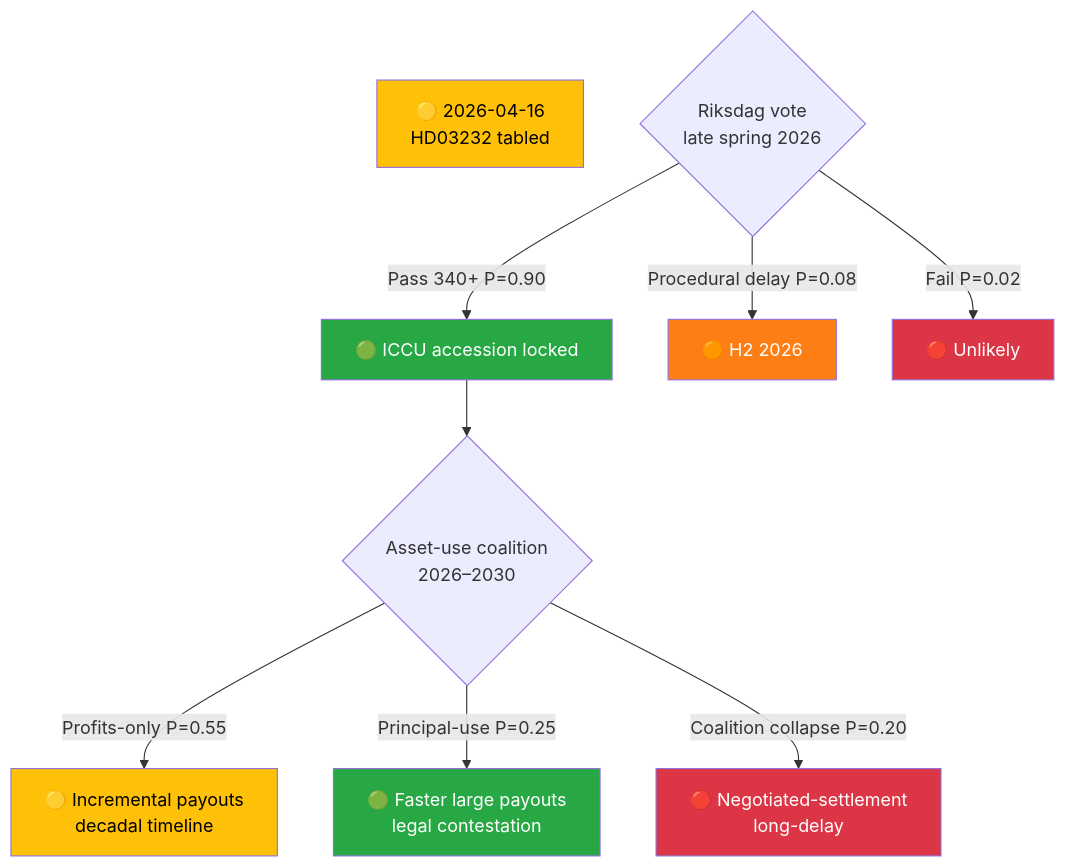
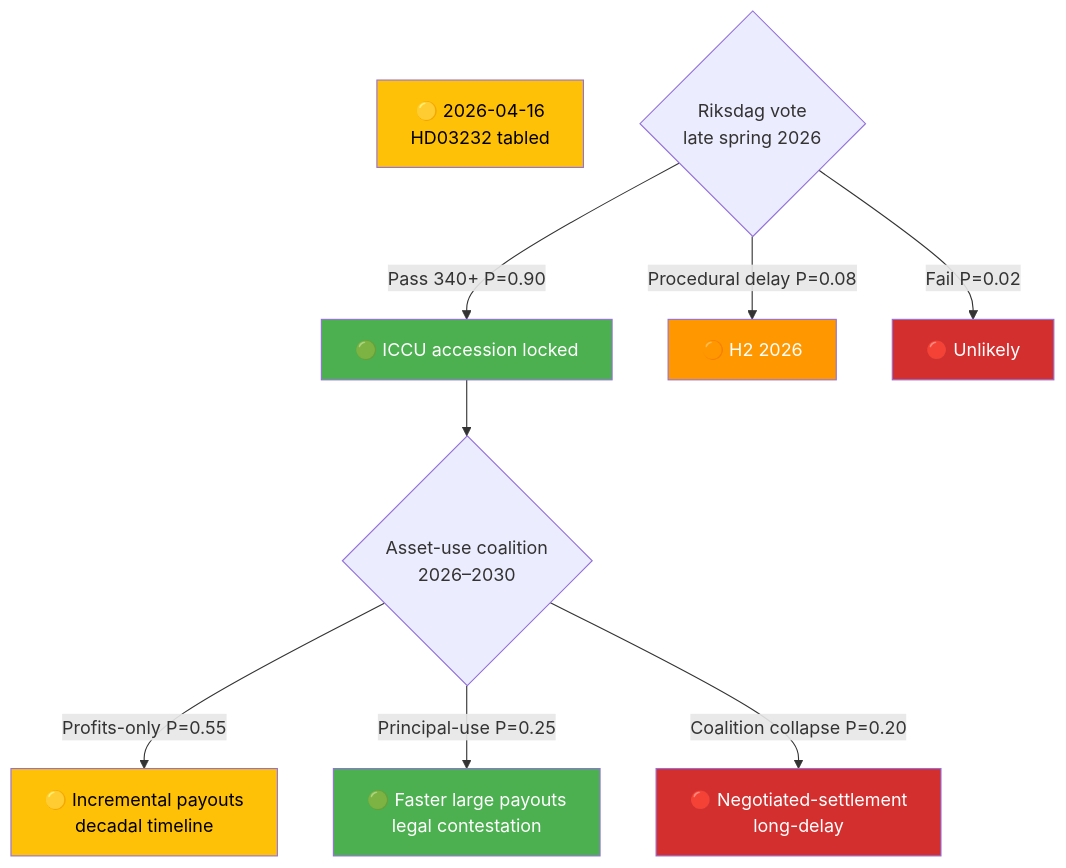
One commit to Hack23/riksdagsmonitor changed the second of 2 diagrams in analysis/daily/2026-04-17/realtime-1434/documents/HD03232-analysis.md. Above: the diagram before and after it, drawn with Mermaid. The commit also changed other lines of this file and 785 other files, not shown here.

First line of the commit message:
Normalize mermaid colors across 786 analysis artifacts to ISMS Style Guide palette

````diff
--- a/analysis/daily/2026-04-17/realtime-1434/documents/HD03232-analysis.md
+++ b/analysis/daily/2026-04-17/realtime-1434/documents/HD03232-analysis.md
@@ -209,21 +209,21 @@
 ```mermaid
 flowchart TD
     T0["🟡 2026-04-16<br/>HD03232 tabled"]
     RV{"Riksdag vote<br/>late spring 2026"}
     RV -->|"Pass 340+ P=0.90"| COMM["🟢 ICCU accession locked"]
     RV -->|"Procedural delay P=0.08"| DEL["🟠 H2 2026"]
     RV -->|"Fail P=0.02"| FAIL["🔴 Unlikely"]
 
     COMM --> ASSET{"Asset-use coalition<br/>2026–2030"}
     ASSET -->|"Profits-only P=0.55"| PROF["🟡 Incremental payouts<br/>decadal timeline"]
     ASSET -->|"Principal-use P=0.25"| PRIN["🟢 Faster large payouts<br/>legal contestation"]
     ASSET -->|"Coalition collapse P=0.20"| COLL["🔴 Negotiated-settlement<br/>long-delay"]
 
-    style T0 fill:#ffc107,color:#000
-    style COMM fill:#28a745,color:#fff
-    style DEL fill:#fd7e14,color:#fff
-    style FAIL fill:#dc3545,color:#fff
-    style PROF fill:#ffc107,color:#000
-    style PRIN fill:#28a745,color:#fff
-    style COLL fill:#dc3545,color:#fff
+    style T0 fill:#FFC107,color:#000000
+    style COMM fill:#4CAF50,color:#FFFFFF
+    style DEL fill:#FF9800,color:#FFFFFF
+    style FAIL fill:#D32F2F,color:#FFFFFF
+    style PROF fill:#FFC107,color:#000000
+    style PRIN fill:#4CAF50,color:#FFFFFF
+    style COLL fill:#D32F2F,color:#FFFFFF
 ```
````
